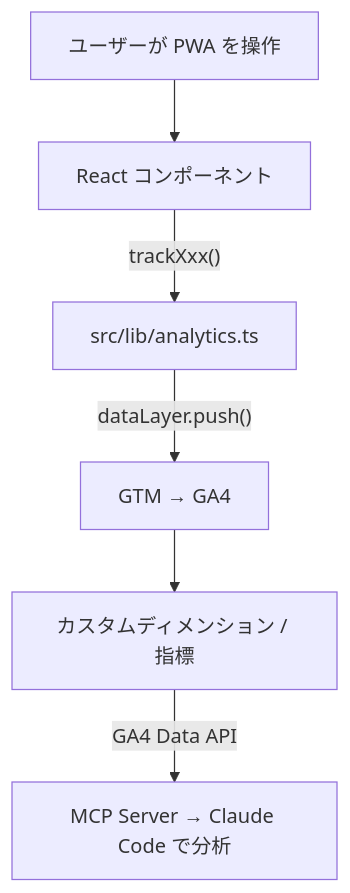
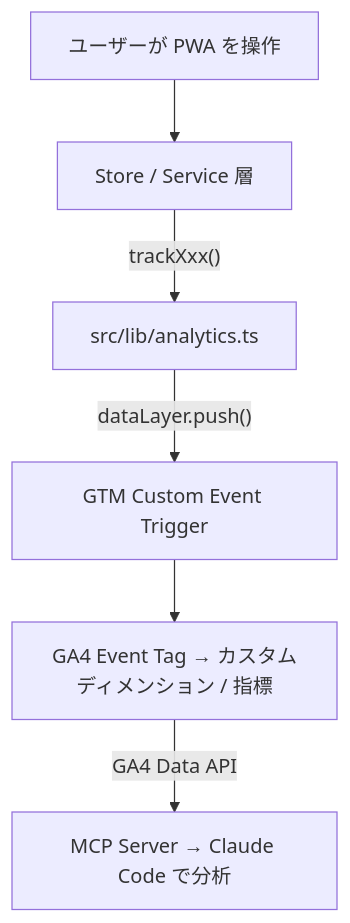
One commit to ip-san/claude-code-quiz changed the diagram in docs/analytics-events.md. Above: the diagram before and after it, drawn with Mermaid. The commit also changed other lines of this file and 11 other files, not shown here.

First line of the commit message:
Wire up 9 GA4 analytics events via GTM dataLayer push

````diff
--- a/docs/analytics-events.md
+++ b/docs/analytics-events.md
@@ -8,8 +8,8 @@
 ```mermaid
 flowchart TD
-  A["ユーザーが PWA を操作"] --> B["React コンポーネント"]
+  A["ユーザーが PWA を操作"] --> B["Store / Service 層"]
   B -->|"trackXxx()"| C["src/lib/analytics.ts"]
-  C -->|"dataLayer.push()"| D["GTM → GA4"]
-  D --> E["カスタムディメンション / 指標"]
+  C -->|"dataLayer.push()"| D["GTM Custom Event Trigger"]
+  D --> E["GA4 Event Tag → カスタムディメンション / 指標"]
   E -->|"GA4 Data API"| F["MCP Server → Claude Code で分析"]
 ```
````
